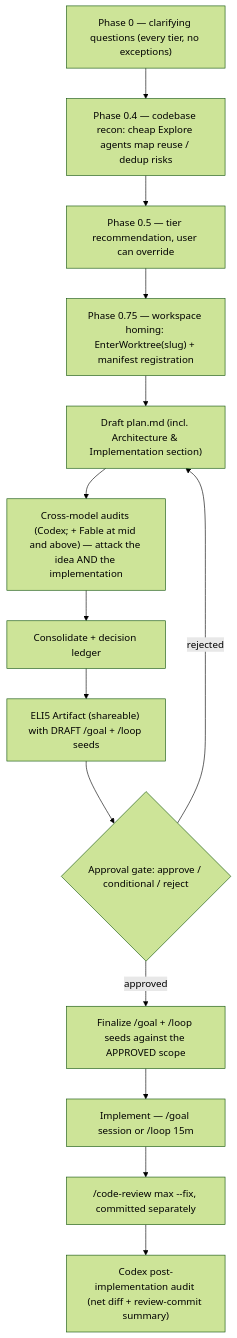
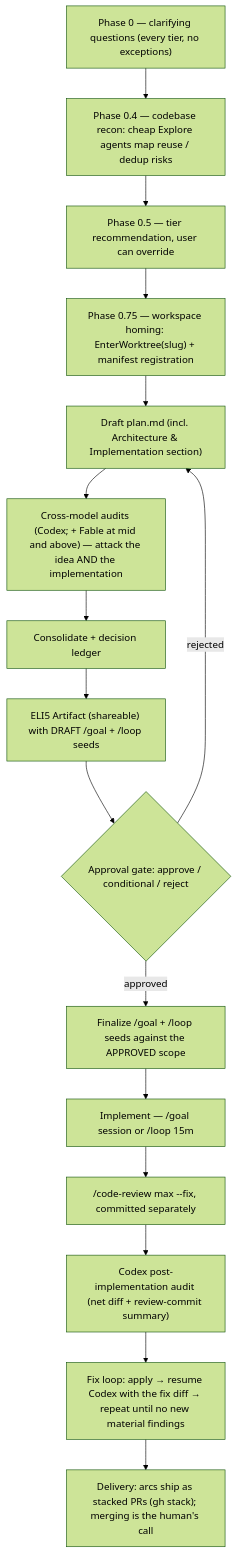
One commit to alejoamiras/aa-skills changed the diagram in skills/blueprint/README.md. Above: the diagram before and after it, drawn with Mermaid (forest theme). The commit also changed other lines of this file and 1 other file, not shown here.

Commit message:
feat(blueprint): embed post-impl codex fix loop + arc-stacked PR delivery (gh stack) in every plan

````diff
--- a/skills/blueprint/README.md
+++ b/skills/blueprint/README.md
@@ -19,16 +19,18 @@
 ```mermaid
 flowchart TD
     Q["Phase 0 — clarifying questions (every tier, no exceptions)"] --> RC["Phase 0.4 — codebase recon: cheap Explore agents map reuse / dedup risks"]
     RC --> R["Phase 0.5 — tier recommendation, user can override"]
     R --> W["Phase 0.75 — workspace homing: EnterWorktree(slug) + manifest registration"]
     W --> D["Draft plan.md (incl. Architecture & Implementation section)"]
     D --> A["Cross-model audits (Codex; + Fable at mid and above) — attack the idea AND the implementation"]
     A --> C["Consolidate + decision ledger"]
     C --> E["ELI5 Artifact (shareable) with DRAFT /goal + /loop seeds"]
     E --> G{"Approval gate: approve / conditional / reject"}
     G -- "rejected" --> D
     G -- "approved" --> S["Finalize /goal + /loop seeds against the APPROVED scope"]
     S --> I["Implement — /goal session or /loop 15m"]
     I --> V["/code-review max --fix, committed separately"]
     V --> P["Codex post-implementation audit (net diff + review-commit summary)"]
+    P --> F["Fix loop: apply → resume Codex with the fix diff → repeat until no new material findings"]
+    F --> T["Delivery: arcs ship as stacked PRs (gh stack); merging is the human's call"]
 ```
````
